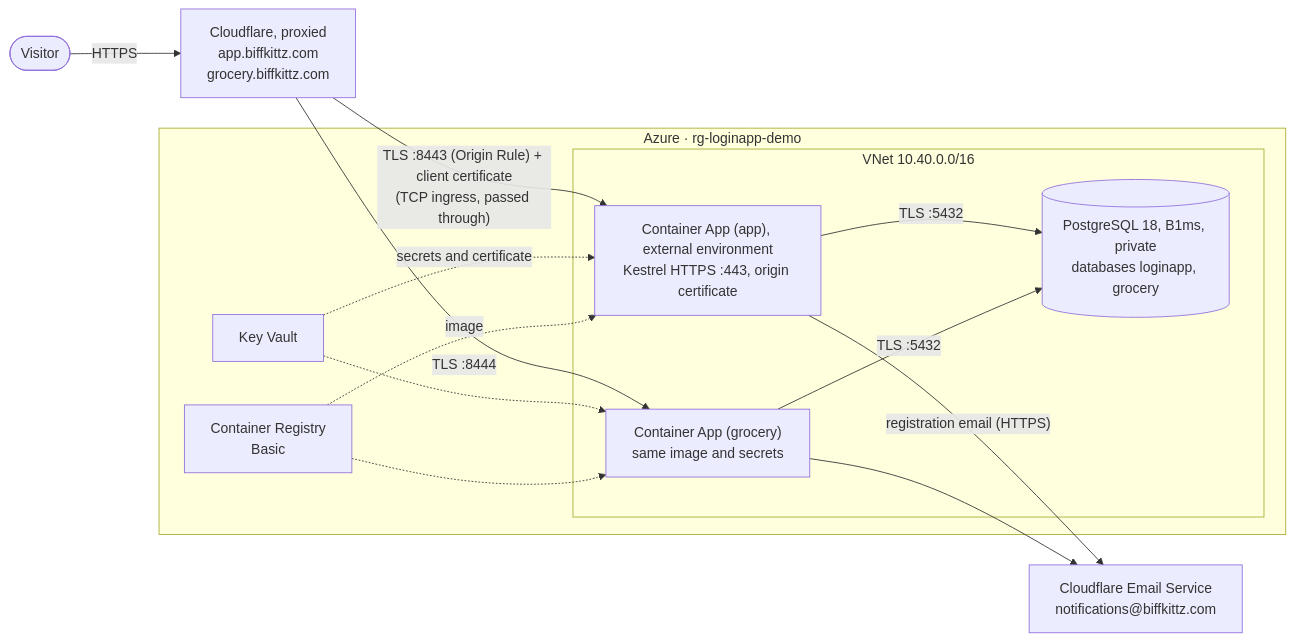
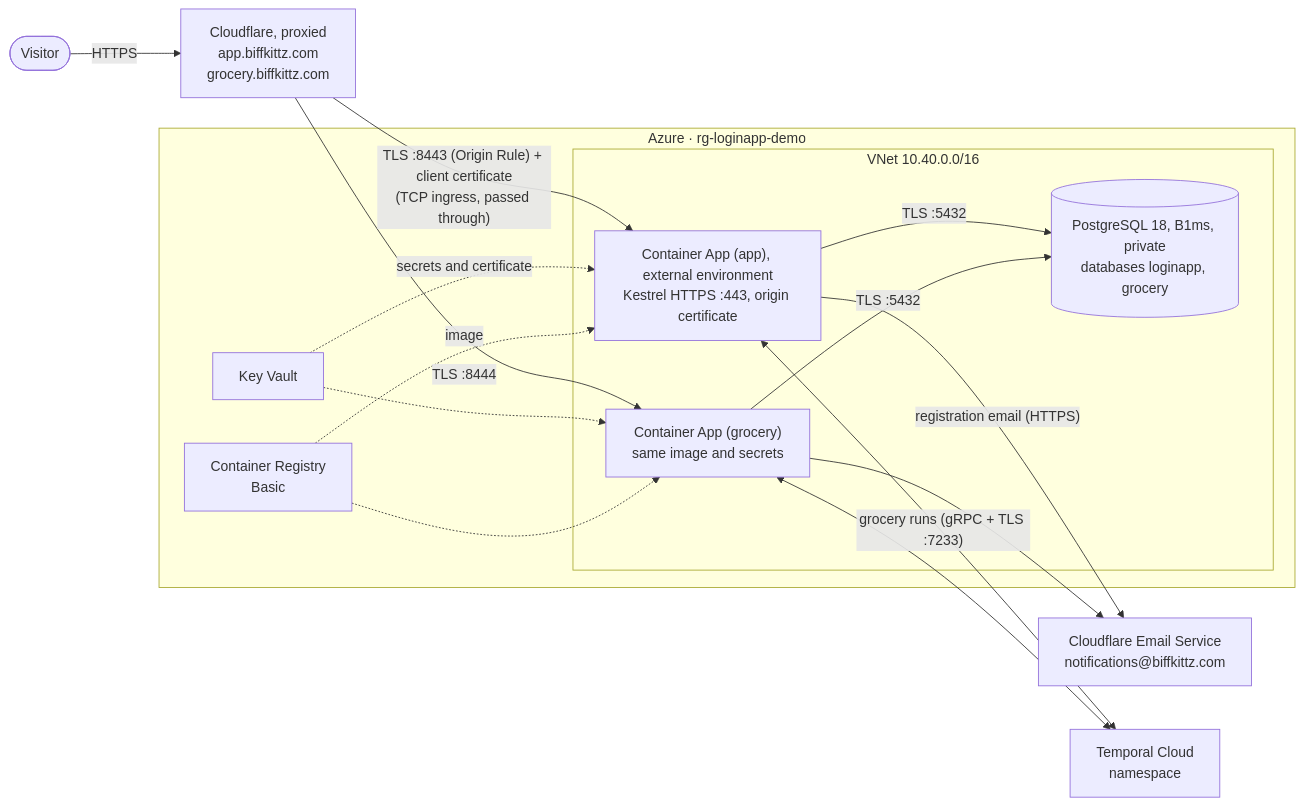
The diagram in infra/README.md (biffkittz/login-app), drawn with Mermaid before and after one commit. The commit also changed other lines of this file and 125 other files, not shown here.

````diff
--- a/infra/README.md
+++ b/infra/README.md
@@ -16,20 +18,22 @@
 ```mermaid
 flowchart LR
   visitor([Visitor]) -->|HTTPS| cf[Cloudflare, proxied<br/>app.biffkittz.com<br/>grocery.biffkittz.com]
   cf -->|"TLS :8443 (Origin Rule) + client certificate<br/>(TCP ingress, passed through)"| app
   cf -->|"TLS :8444"| app2
   subgraph azure[Azure · rg-loginapp-demo]
     subgraph vnet[VNet 10.40.0.0/16]
       app["Container App (app), external environment<br/>Kestrel HTTPS :443, origin certificate"]
       app2["Container App (grocery)<br/>same image and secrets"]
       app -->|TLS :5432| pg[(PostgreSQL 18, B1ms, private<br/>databases loginapp, grocery)]
       app2 -->|TLS :5432| pg
     end
     kv[Key Vault] -.->|secrets and certificate| app
     kv -.-> app2
     acr[Container Registry<br/>Basic] -.->|image| app
     acr -.-> app2
   end
   app -->|"registration email (HTTPS)"| mail[Cloudflare Email Service<br/>notifications@biffkittz.com]
   app2 --> mail
+  app <-->|"grocery runs (gRPC + TLS :7233)"| temporal[Temporal Cloud<br/>namespace]
+  app2 <--> temporal
 ```
````
